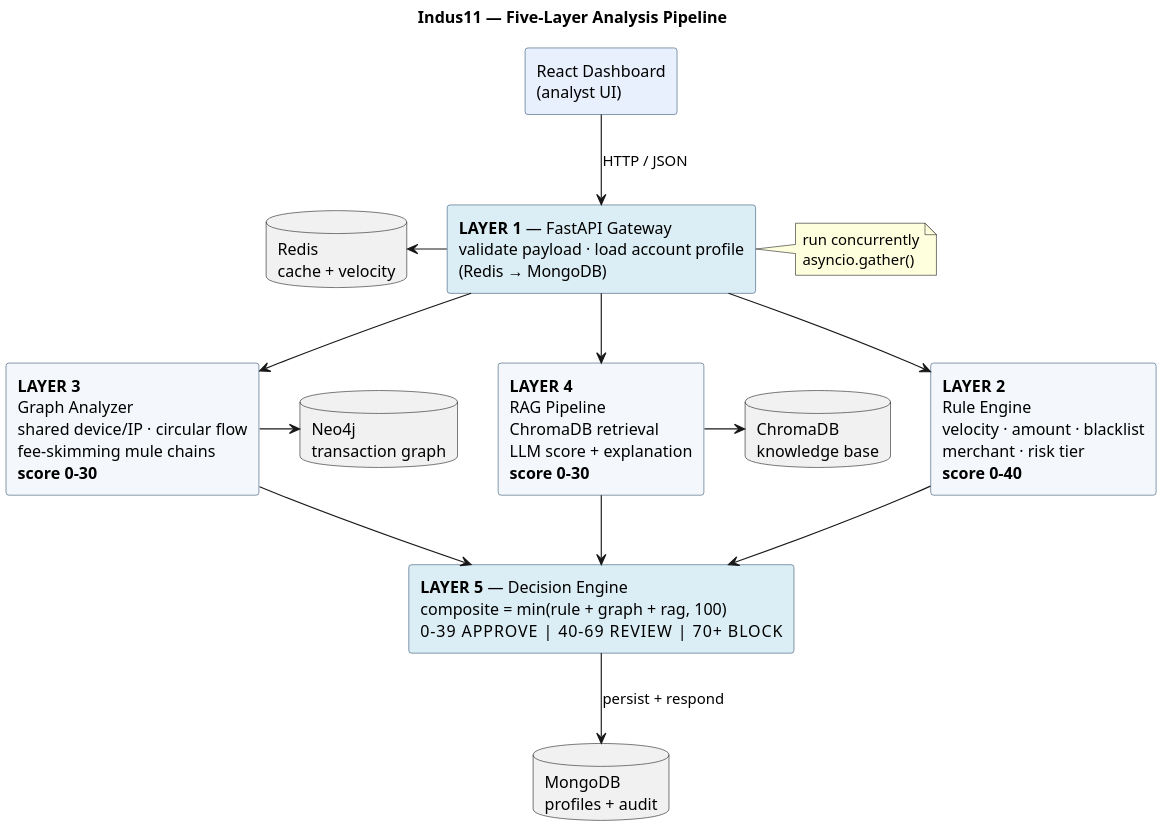
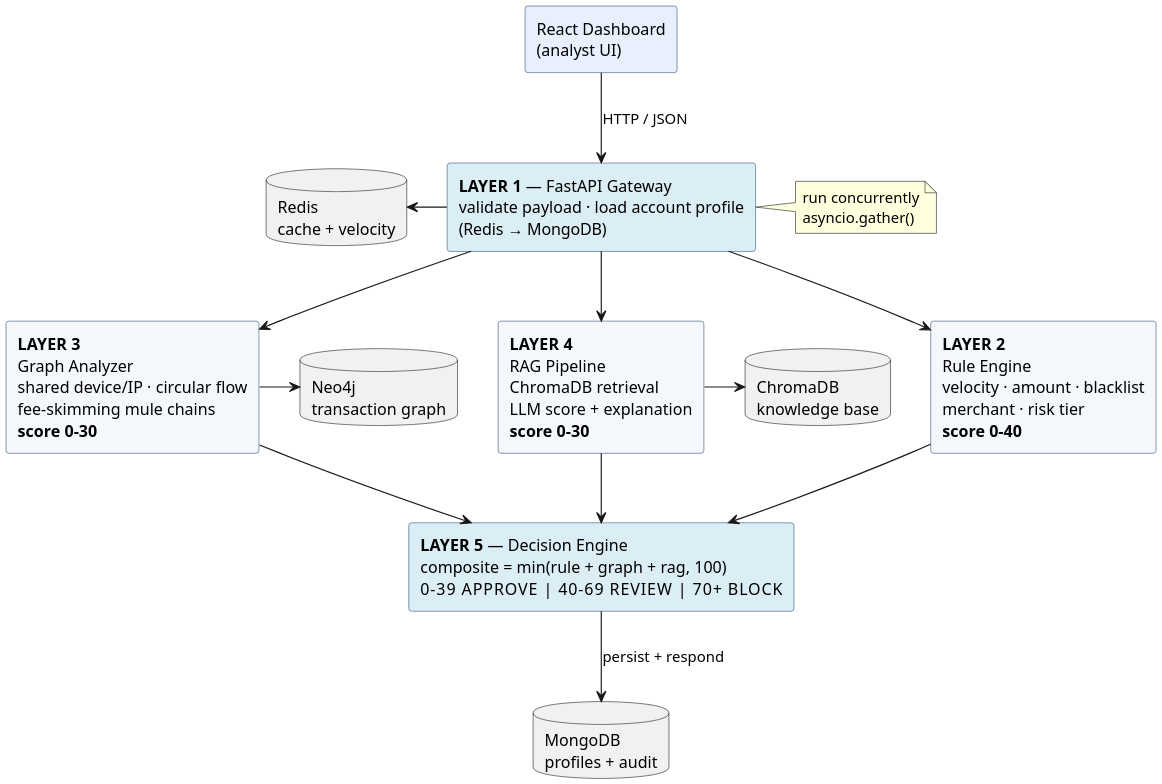
Before and after one commit to OMJOSHI15/indus11: the diagram in docs/diagrams/01-architecture.puml, drawn with PlantUML. The commit also changed 34 other files, not shown here.

```diff
--- a/docs/diagrams/01-architecture.puml
+++ b/docs/diagrams/01-architecture.puml
@@ -1,33 +1,32 @@
 @startuml
 skinparam dpi 200
 skinparam backgroundColor white
 skinparam shadowing false
 skinparam defaultFontName Times New Roman
 skinparam rectangle {
   BorderColor #2F4F6F
   BackgroundColor #F4F7FB
 }
-title Indus11 — Five-Layer Analysis Pipeline
 rectangle "React Dashboard\n(analyst UI)" as UI #E8F0FE
 rectangle "**LAYER 1** — FastAPI Gateway\nvalidate payload · load account profile\n(Redis → MongoDB)" as L1 #DCEEF5
 rectangle "**LAYER 2**\nRule Engine\nvelocity · amount · blacklist\nmerchant · risk tier\n**score 0–40**" as L2
 rectangle "**LAYER 3**\nGraph Analyzer\nshared device/IP · circular flow\nfee-skimming mule chains\n**score 0–30**" as L3
 rectangle "**LAYER 4**\nRAG Pipeline\nChromaDB retrieval\nLLM score + explanation\n**score 0–30**" as L4
 rectangle "**LAYER 5** — Decision Engine\ncomposite = min(rule + graph + rag, 100)\n0–39 APPROVE   |   40–69 REVIEW   |   70+ BLOCK" as L5 #DCEEF5
 database "MongoDB\nprofiles + audit" as M
 database "Neo4j\ntransaction graph" as N
 database "Redis\ncache + velocity" as R
 database "ChromaDB\nknowledge base" as C
 UI -down-> L1 : HTTP / JSON
 L1 -down-> L2
 L1 -down-> L3
 L1 -down-> L4
 note right of L1 : run concurrently\nasyncio.gather()
 L2 -down-> L5
 L3 -down-> L5
 L4 -down-> L5
 L5 -down-> M : persist + respond
 L1 -left-> R
 L3 -right-> N
 L4 -right-> C
 @enduml
```
